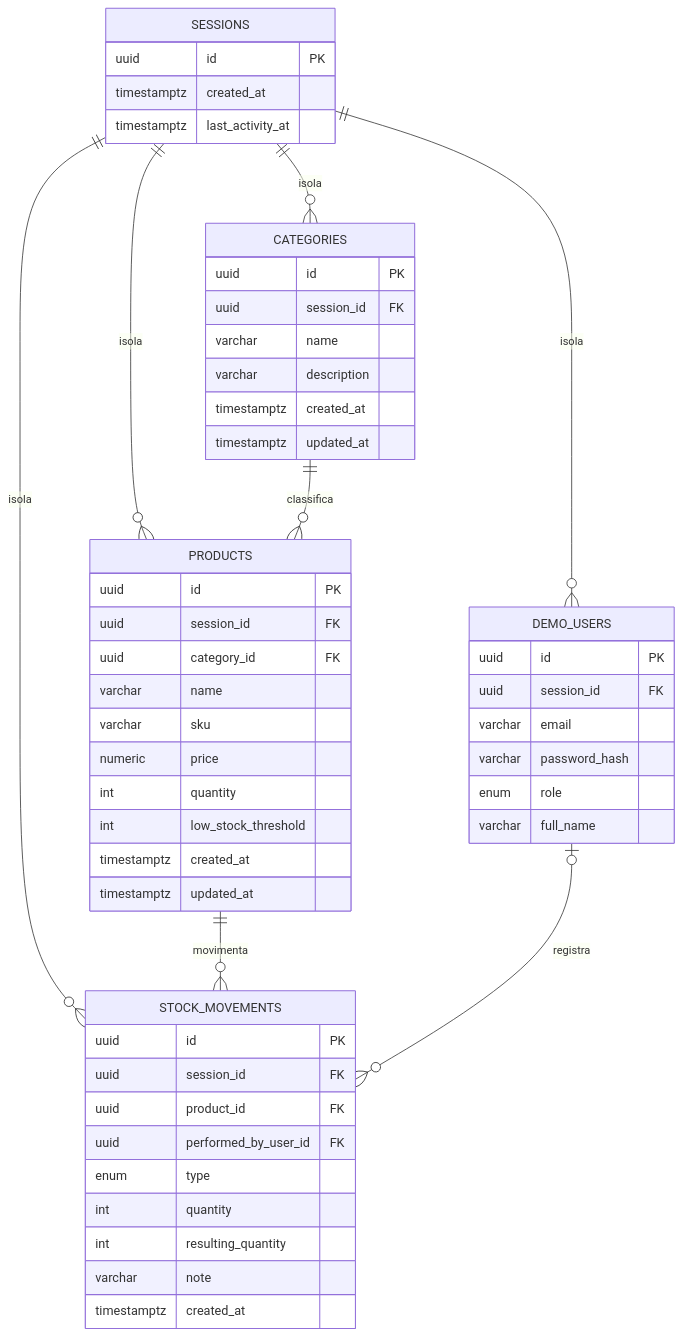
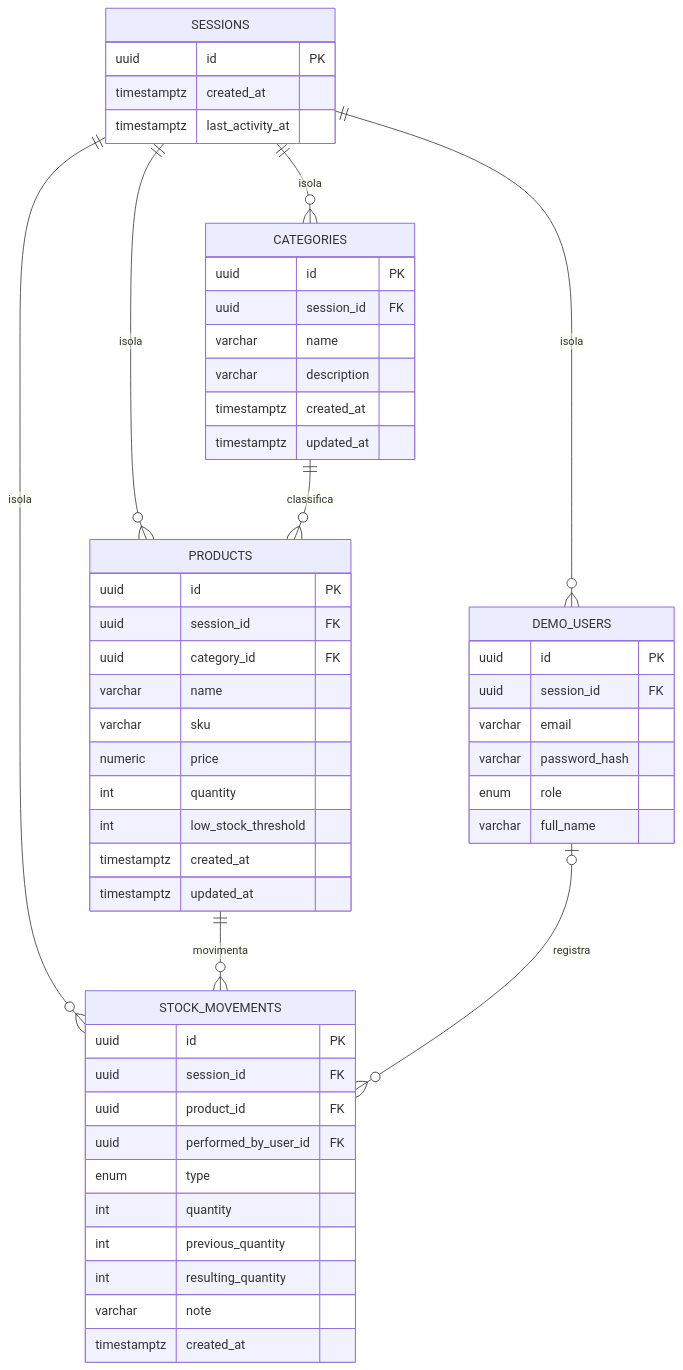
Before and after one commit to ffelipealves/estoca-erp: the diagram in docs/ARCHITECTURE.md, drawn with Mermaid. The commit also changed other lines of this file and 11 other files, not shown here.

````diff
--- a/docs/ARCHITECTURE.md
+++ b/docs/ARCHITECTURE.md
@@ -72,55 +72,56 @@
 ```mermaid
 erDiagram
     SESSIONS ||--o{ DEMO_USERS : isola
     SESSIONS ||--o{ CATEGORIES : isola
     SESSIONS ||--o{ PRODUCTS : isola
     SESSIONS ||--o{ STOCK_MOVEMENTS : isola
     CATEGORIES ||--o{ PRODUCTS : classifica
     PRODUCTS ||--o{ STOCK_MOVEMENTS : movimenta
     DEMO_USERS |o--o{ STOCK_MOVEMENTS : registra
 
     SESSIONS {
         uuid id PK
         timestamptz created_at
         timestamptz last_activity_at
     }
     DEMO_USERS {
         uuid id PK
         uuid session_id FK
         varchar email
         varchar password_hash
         enum role
         varchar full_name
     }
     CATEGORIES {
         uuid id PK
         uuid session_id FK
         varchar name
         varchar description
         timestamptz created_at
         timestamptz updated_at
     }
     PRODUCTS {
         uuid id PK
         uuid session_id FK
         uuid category_id FK
         varchar name
         varchar sku
         numeric price
         int quantity
         int low_stock_threshold
         timestamptz created_at
         timestamptz updated_at
     }
     STOCK_MOVEMENTS {
         uuid id PK
         uuid session_id FK
         uuid product_id FK
         uuid performed_by_user_id FK
         enum type
         int quantity
+        int previous_quantity
         int resulting_quantity
         varchar note
         timestamptz created_at
     }
 ```
````
